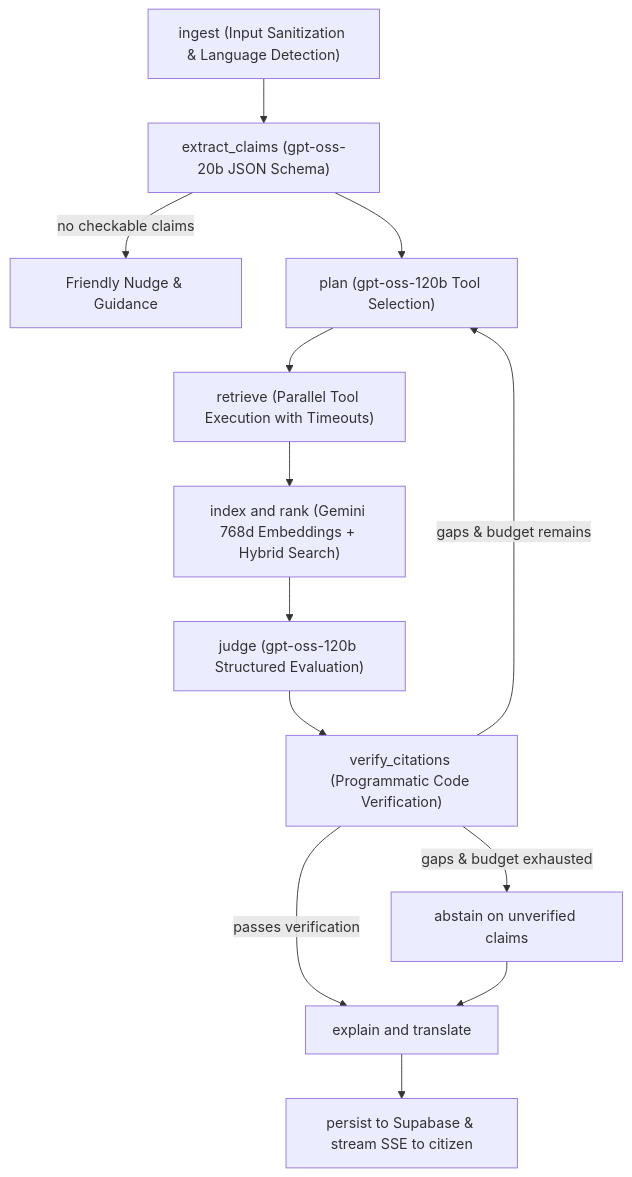
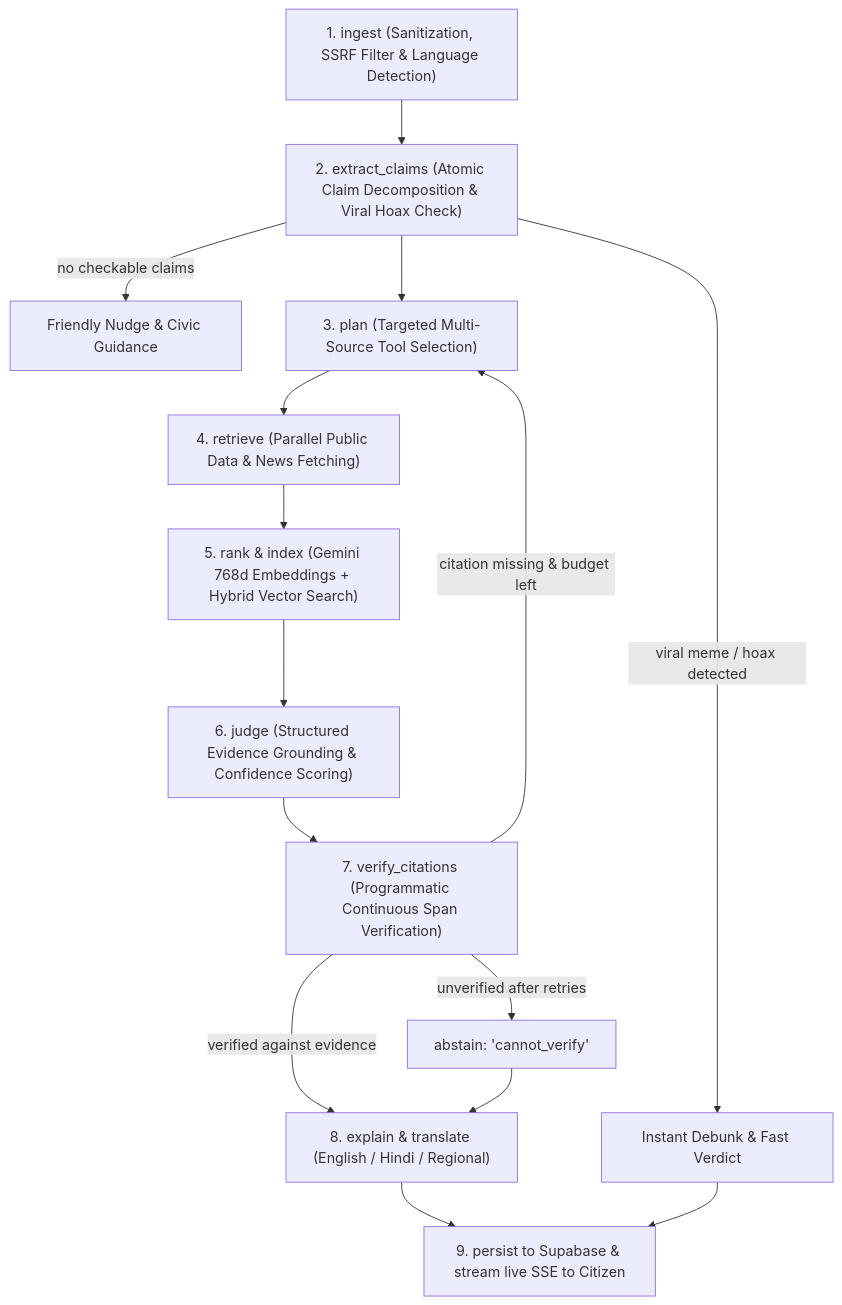
The second of 2 diagrams in README.md (lalankr08/JanPulse), drawn with Mermaid before and after one commit. The commit also changed other lines of this file and 4 other files, not shown here.

````diff
--- a/README.md
+++ b/README.md
@@ -34,15 +68,17 @@
 ```mermaid
 flowchart TD
-  A["ingest (Input Sanitization & Language Detection)"] --> B["extract_claims (gpt-oss-20b JSON Schema)"]
-  B -->|"no checkable claims"| X["Friendly Nudge & Guidance"]
-  B --> C["plan (gpt-oss-120b Tool Selection)"]
-  C --> D["retrieve (Parallel Tool Execution with Timeouts)"]
-  D --> E["index and rank (Gemini 768d Embeddings + Hybrid Search)"]
-  E --> F["judge (gpt-oss-120b Structured Evaluation)"]
-  F --> G["verify_citations (Programmatic Code Verification)"]
-  G -->|"gaps & budget remains"| C
-  G -->|"gaps & budget exhausted"| H["abstain on unverified claims"]
-  G -->|"passes verification"| I["explain and translate"]
+  A["1. ingest (Sanitization, SSRF Filter & Language Detection)"] --> B["2. extract_claims (Atomic Claim Decomposition & Viral Hoax Check)"]
+  B -->|"no checkable claims"| X["Friendly Nudge & Civic Guidance"]
+  B -->|"viral meme / hoax detected"| Z["Instant Debunk & Fast Verdict"]
+  B --> C["3. plan (Targeted Multi-Source Tool Selection)"]
+  C --> D["4. retrieve (Parallel Public Data & News Fetching)"]
+  D --> E["5. rank & index (Gemini 768d Embeddings + Hybrid Vector Search)"]
+  E --> F["6. judge (Structured Evidence Grounding & Confidence Scoring)"]
+  F --> G["7. verify_citations (Programmatic Continuous Span Verification)"]
+  G -->|"citation missing & budget left"| C
+  G -->|"unverified after retries"| H["abstain: 'cannot_verify'"]
+  G -->|"verified against evidence"| I["8. explain & translate (English / Hindi / Regional)"]
   H --> I
-  I --> J["persist to Supabase & stream SSE to citizen"]
+  I --> J["9. persist to Supabase & stream live SSE to Citizen"]
+  Z --> J
 ```
````
